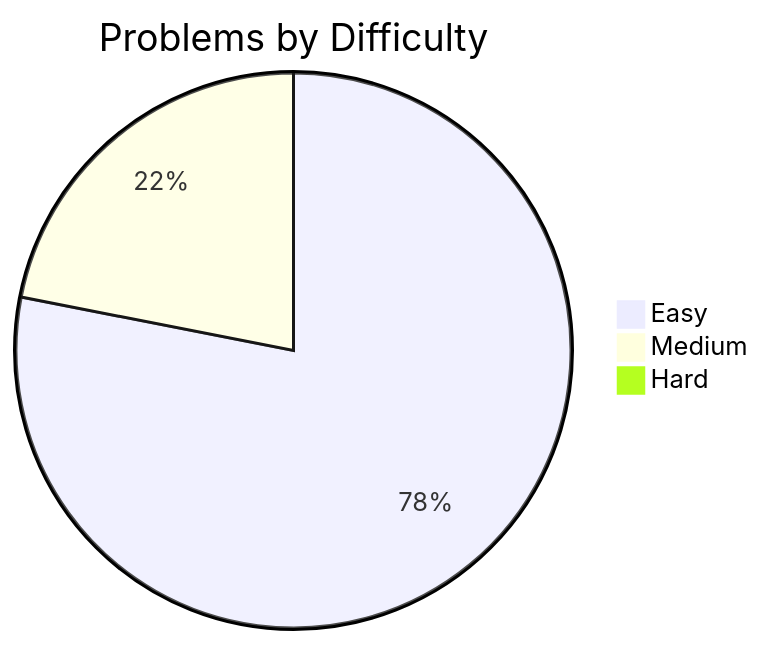
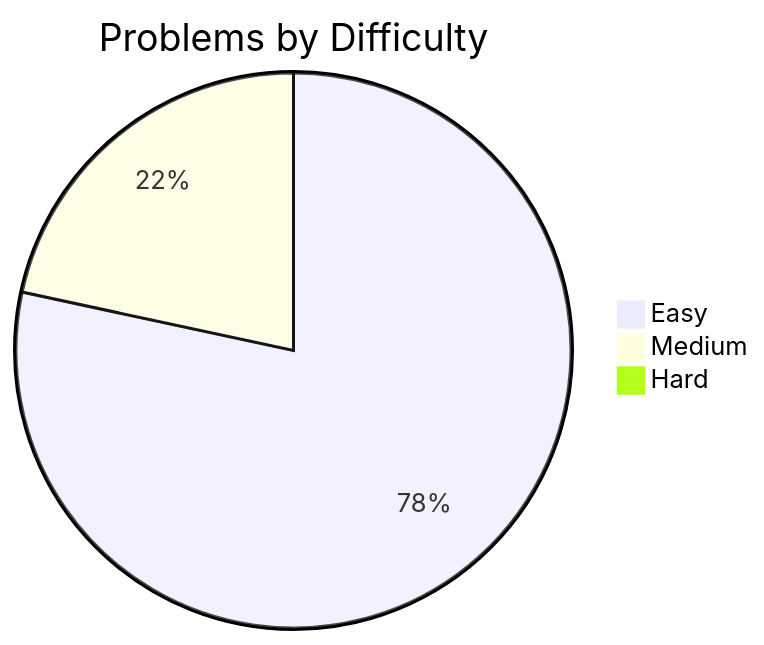
One commit to davelin18yufan/leetcode-journal changed the diagram in README.md. Above: the diagram before and after it, drawn with Mermaid. The commit also changed other lines of this file and 6 other files, not shown here.

````diff
--- a/README.md
+++ b/README.md
@@ -7,7 +7,7 @@
 ```mermaid
 pie
     title Problems by Difficulty
-    "Easy" : 57
+    "Easy" : 58
     "Medium" : 16
     "Hard" : 0
 ```
````
